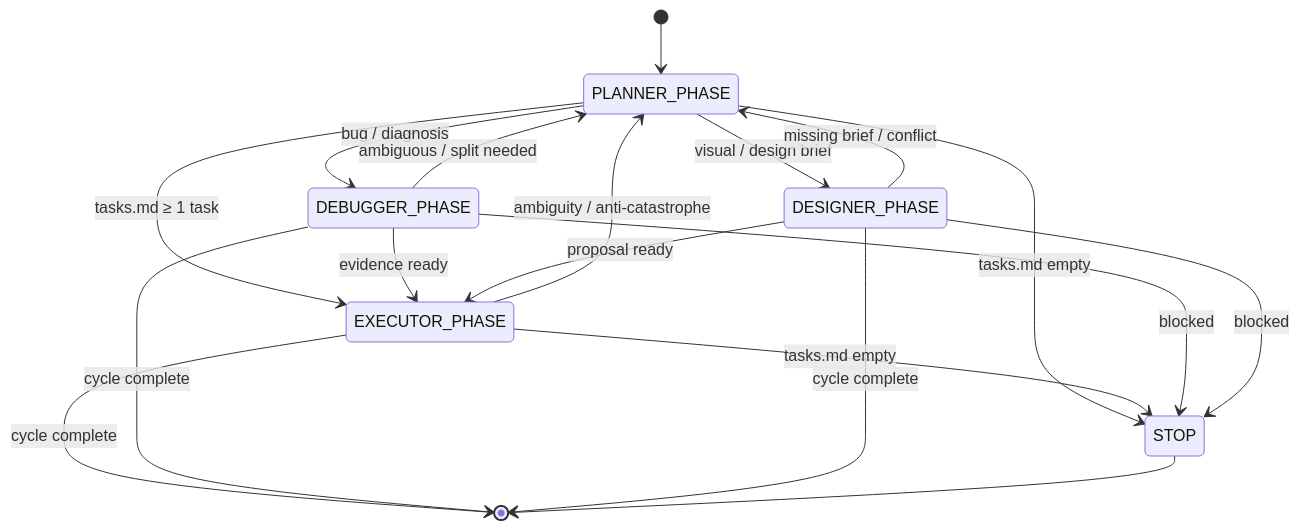
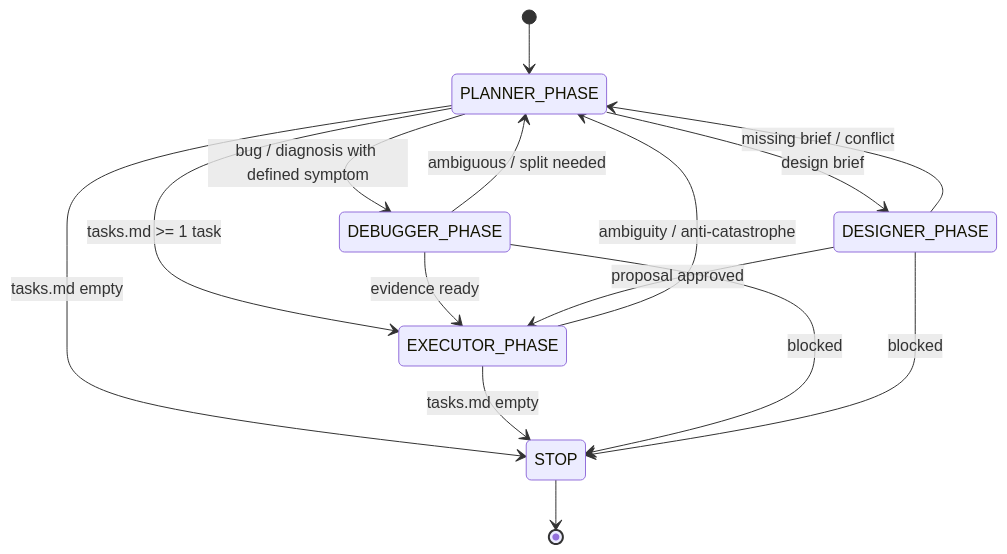
One commit to Andres34r7y4/themis changed the diagram in docs/ARCHITECTURE.md. Above: the diagram before and after it, drawn with Mermaid. The commit also changed other lines of this file and 40 other files, not shown here.

````diff
--- a/docs/ARCHITECTURE.md
+++ b/docs/ARCHITECTURE.md
@@ -10,25 +19,22 @@
 ```mermaid
 stateDiagram-v2
     [*] --> PLANNER_PHASE
-    
-    PLANNER_PHASE --> EXECUTOR_PHASE : tasks.md ≥ 1 task
+
+    PLANNER_PHASE --> EXECUTOR_PHASE : tasks.md >= 1 task
+    PLANNER_PHASE --> DEBUGGER_PHASE : bug / diagnosis with defined symptom
+    PLANNER_PHASE --> DESIGNER_PHASE : design brief
     PLANNER_PHASE --> STOP : tasks.md empty
-    
+
     EXECUTOR_PHASE --> PLANNER_PHASE : ambiguity / anti-catastrophe
     EXECUTOR_PHASE --> STOP : tasks.md empty
-    
-    PLANNER_PHASE --> DEBUGGER_PHASE : bug / diagnosis
+
     DEBUGGER_PHASE --> EXECUTOR_PHASE : evidence ready
     DEBUGGER_PHASE --> PLANNER_PHASE : ambiguous / split needed
     DEBUGGER_PHASE --> STOP : blocked
-    
-    PLANNER_PHASE --> DESIGNER_PHASE : visual / design brief
-    DESIGNER_PHASE --> EXECUTOR_PHASE : proposal ready
+
+    DESIGNER_PHASE --> EXECUTOR_PHASE : proposal approved
     DESIGNER_PHASE --> PLANNER_PHASE : missing brief / conflict
     DESIGNER_PHASE --> STOP : blocked
-    
-    EXECUTOR_PHASE --> [*] : cycle complete
-    DEBUGGER_PHASE --> [*] : cycle complete
-    DESIGNER_PHASE --> [*] : cycle complete
+
     STOP --> [*]
 ```
````
